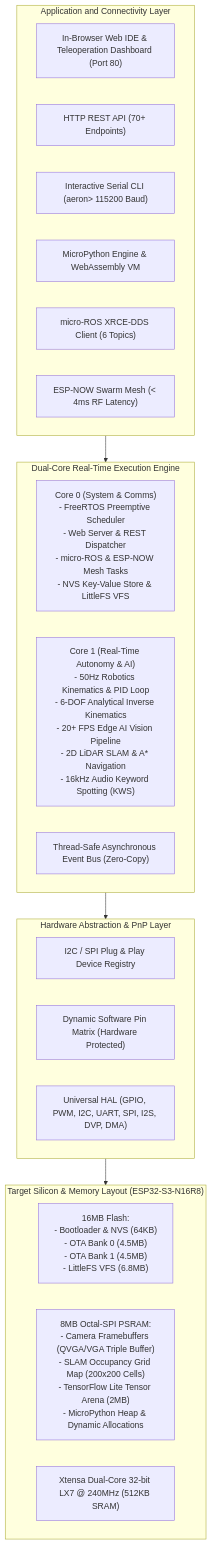
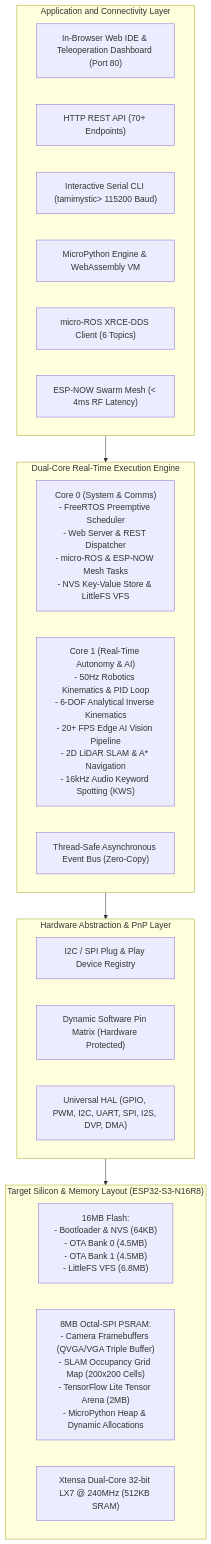
Before and after one commit to tamimystic/tamimystic-os: the diagram in docs/index.md, drawn with Mermaid. The commit also changed other lines of this file and 1 other file, not shown here.

Commit message:
Standardize CLI prompt to tamimystic across all documentation

````diff
--- a/docs/index.md
+++ b/docs/index.md
@@ -31,50 +31,50 @@
 ```mermaid
 graph TB
     subgraph Layer4["Application and Connectivity Layer"]
         UI["In-Browser Web IDE & Teleoperation Dashboard (Port 80)"]
         REST["HTTP REST API (70+ Endpoints)"]
-        CLI["Interactive Serial CLI (aeron> 115200 Baud)"]
+        CLI["Interactive Serial CLI (tamimystic> 115200 Baud)"]
         PY["MicroPython Engine & WebAssembly VM"]
         ROS2["micro-ROS XRCE-DDS Client (6 Topics)"]
         MESH["ESP-NOW Swarm Mesh (< 4ms RF Latency)"]
     end
 
     subgraph Layer3["Dual-Core Real-Time Execution Engine"]
         CORE0["Core 0 (System & Comms)
 - FreeRTOS Preemptive Scheduler
 - Web Server & REST Dispatcher
 - micro-ROS & ESP-NOW Mesh Tasks
 - NVS Key-Value Store & LittleFS VFS"]
         CORE1["Core 1 (Real-Time Autonomy & AI)
 - 50Hz Robotics Kinematics & PID Loop
 - 6-DOF Analytical Inverse Kinematics
 - 20+ FPS Edge AI Vision Pipeline
 - 2D LiDAR SLAM & A* Navigation
 - 16kHz Audio Keyword Spotting (KWS)"]
         BUS["Thread-Safe Asynchronous Event Bus (Zero-Copy)"]
     end
 
     subgraph Layer2["Hardware Abstraction & PnP Layer"]
         PNP["I2C / SPI Plug & Play Device Registry"]
         MATRIX["Dynamic Software Pin Matrix (Hardware Protected)"]
         HAL["Universal HAL (GPIO, PWM, I2C, UART, SPI, I2S, DVP, DMA)"]
     end
 
     subgraph Layer1["Target Silicon & Memory Layout (ESP32-S3-N16R8)"]
         FLASH["16MB Flash:
 - Bootloader & NVS (64KB)
 - OTA Bank 0 (4.5MB)
 - OTA Bank 1 (4.5MB)
 - LittleFS VFS (6.8MB)"]
         PSRAM["8MB Octal-SPI PSRAM:
 - Camera Framebuffers (QVGA/VGA Triple Buffer)
 - SLAM Occupancy Grid Map (200x200 Cells)
 - TensorFlow Lite Tensor Arena (2MB)
 - MicroPython Heap & Dynamic Allocations"]
         CHIP["Xtensa Dual-Core 32-bit LX7 @ 240MHz (512KB SRAM)"]
     end
 
     Layer4 --> Layer3
     Layer3 --> Layer2
     Layer2 --> Layer1
 ```
````
